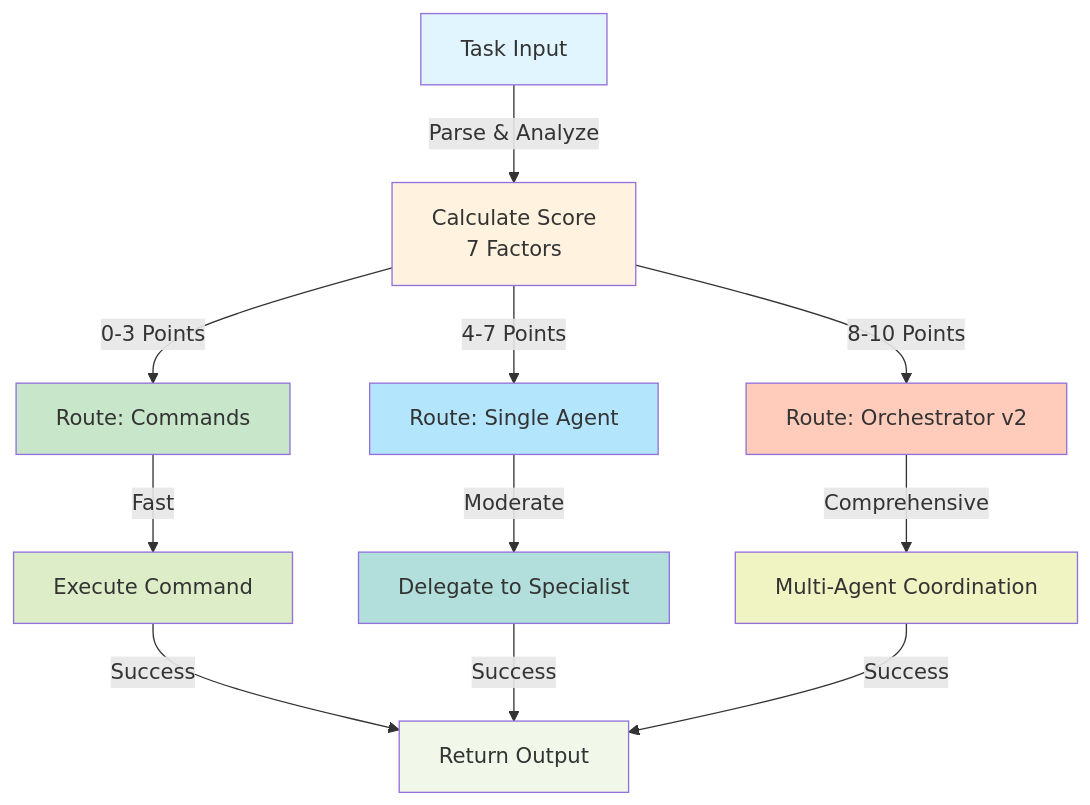
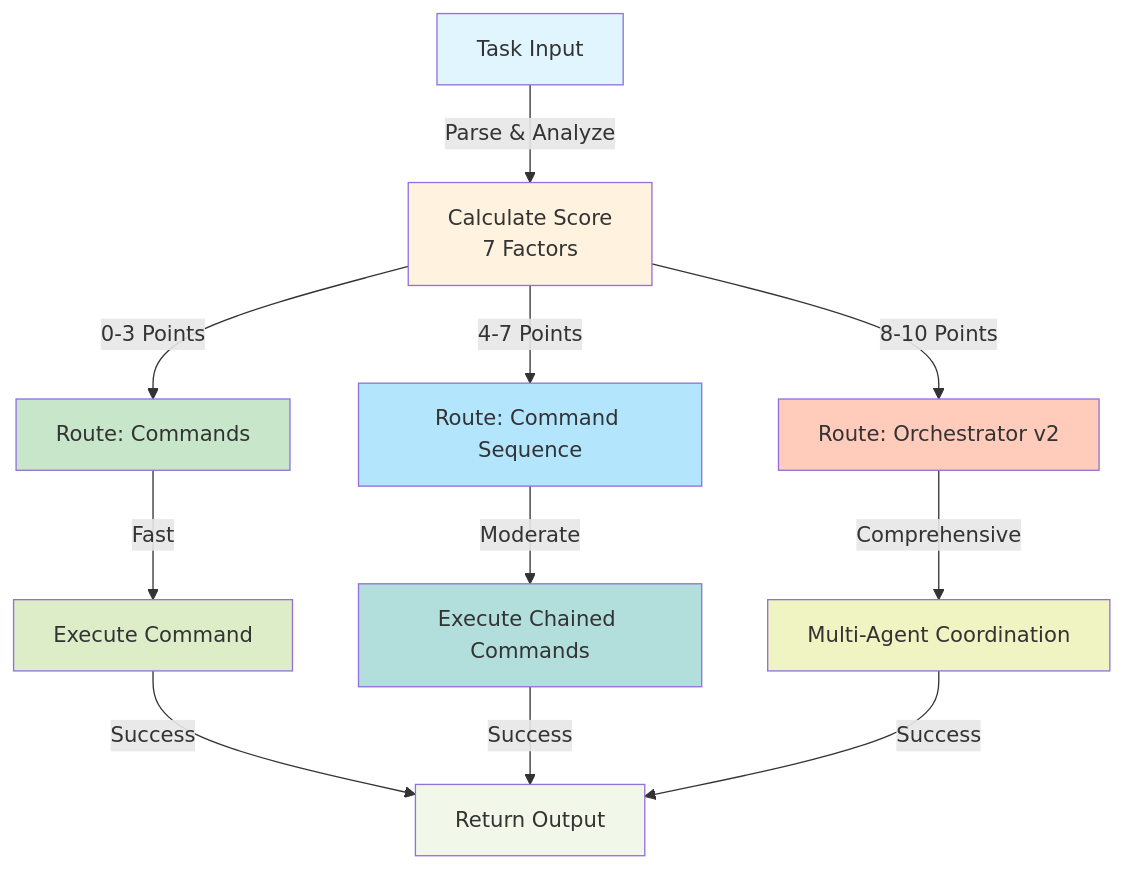
One commit to Data-Wise/craft changed the first of 8 diagrams in docs/guide/complexity-scoring-algorithm.md. Above: the diagram before and after it, drawn with Mermaid. The commit also changed other lines of this file and 51 other files, not shown here.

````diff
--- a/docs/guide/complexity-scoring-algorithm.md
+++ b/docs/guide/complexity-scoring-algorithm.md
@@ -28,25 +28,25 @@
 ```mermaid
 flowchart TD
     A["Task Input"] -->|Parse & Analyze| B["Calculate Score<br/>7 Factors"]
     B -->|0-3 Points| C["Route: Commands"]
-    B -->|4-7 Points| D["Route: Single Agent"]
+    B -->|4-7 Points| D["Route: Command Sequence"]
     B -->|8-10 Points| E["Route: Orchestrator v2"]
 
     C -->|Fast| F["Execute Command"]
-    D -->|Moderate| G["Delegate to Specialist"]
+    D -->|Moderate| G["Execute Chained Commands"]
     E -->|Comprehensive| H["Multi-Agent Coordination"]
 
     F -->|Success| I["Return Output"]
     G -->|Success| I
     H -->|Success| I
 
     style A fill:#e1f5ff
     style B fill:#fff3e0
     style C fill:#c8e6c9
     style D fill:#b3e5fc
     style E fill:#ffccbc
     style F fill:#dcedc8
     style G fill:#b2dfdb
     style H fill:#f0f4c3
     style I fill:#f1f8e9
 ```
````
